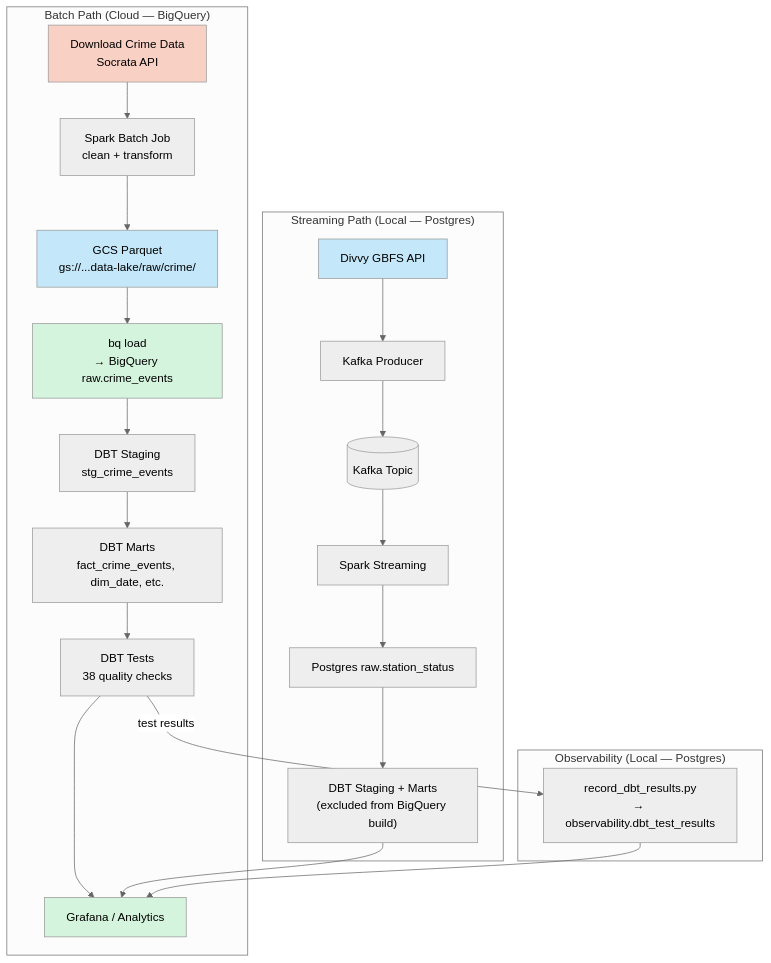
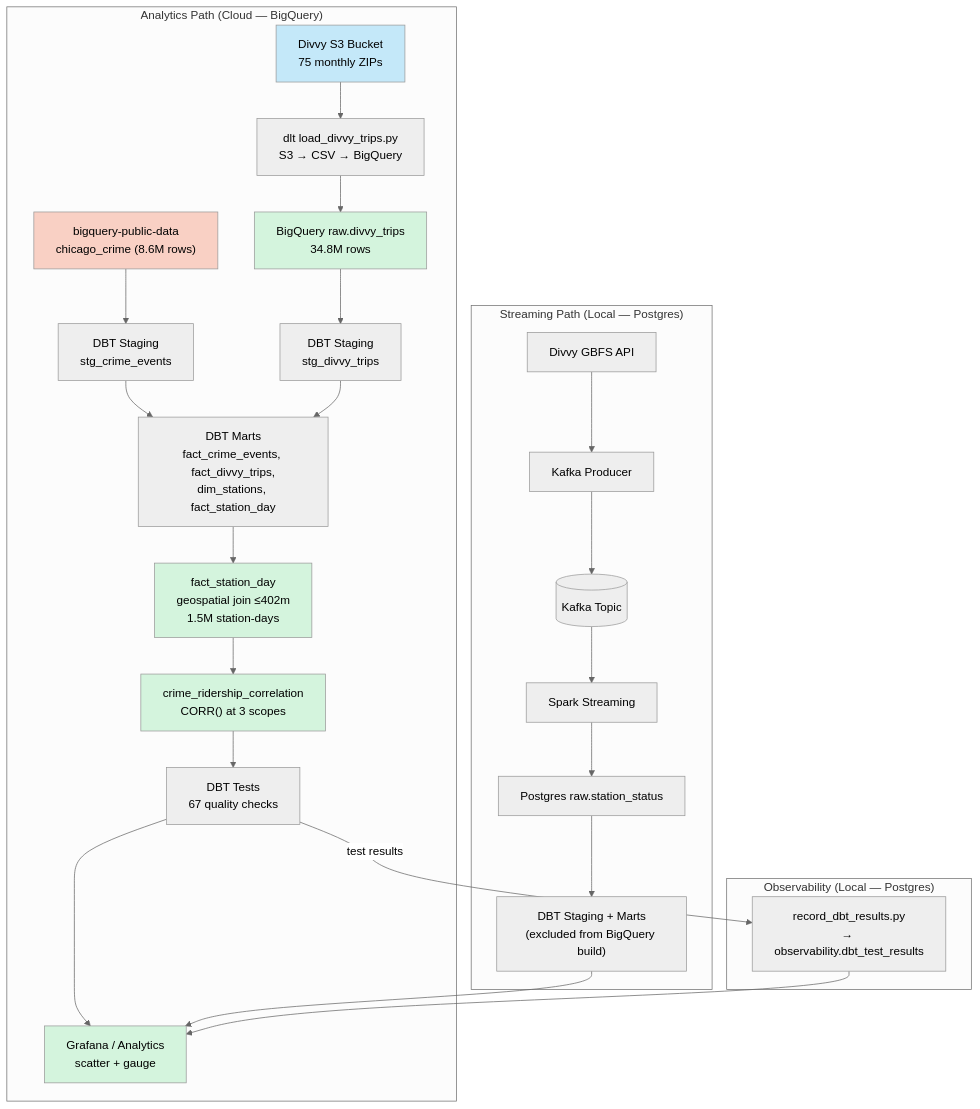
The second of 3 diagrams in README.md (SagarMarthandan/chicago-data-pipeline), drawn with Mermaid (neutral theme) before and after one commit. The commit also changed other lines of this file and 24 other files, not shown here.

Commit message:
v26  Phase 4.4: Divvy trip history ingestion + correlation analysis

````diff
--- a/README.md
+++ b/README.md
@@ -83,32 +81,36 @@
 ```mermaid
 flowchart TD
-    subgraph "Batch Path (Cloud — BigQuery)"
-        A["Download Crime Data<br/>Socrata API"] --> B["Spark Batch Job<br/>clean + transform"]
-        B --> GCS["GCS Parquet<br/>gs://...data-lake/raw/crime/"]
-        GCS --> BQ["bq load<br/>→ BigQuery raw.crime_events"]
-        BQ --> D["DBT Staging<br/>stg_crime_events"]
-        D --> E["DBT Marts<br/>fact_crime_events, dim_date, etc."]
-        E --> F["DBT Tests<br/>38 quality checks"]
-        F --> G["Grafana / Analytics"]
+    subgraph "Analytics Path (Cloud — BigQuery)"
+        A["bigquery-public-data<br/>chicago_crime (8.6M rows)"] --> D["DBT Staging<br/>stg_crime_events"]
+        S3["Divvy S3 Bucket<br/>75 monthly ZIPs"] --> DLT["dlt load_divvy_trips.py<br/>S3 → CSV → BigQuery"]
+        DLT --> BQ2["BigQuery raw.divvy_trips<br/>34.8M rows"]
+        BQ2 --> D2["DBT Staging<br/>stg_divvy_trips"]
+        D --> E["DBT Marts<br/>fact_crime_events, fact_divvy_trips,<br/>dim_stations, fact_station_day"]
+        D2 --> E
+        E --> FSD["fact_station_day<br/>geospatial join ≤402m<br/>1.5M station-days"]
+        FSD --> CORR["crime_ridership_correlation<br/>CORR() at 3 scopes"]
+        CORR --> F["DBT Tests<br/>67 quality checks"]
+        F --> G["Grafana / Analytics<br/>scatter + gauge"]
     end
 
     subgraph "Streaming Path (Local — Postgres)"
         H["Divvy GBFS API"] --> I[Kafka Producer]
         I --> J[(Kafka Topic)]
         J --> K[Spark Streaming]
         K --> L["Postgres raw.station_status"]
         L --> M["DBT Staging + Marts<br/>(excluded from BigQuery build)"]
         M --> G
     end
 
     subgraph "Observability (Local — Postgres)"
         F -->|test results| OBS["record_dbt_results.py<br/>→ observability.dbt_test_results"]
         OBS --> G
     end
 
     style A fill:#f9d0c4
-    style H fill:#c4e8f9
-    style GCS fill:#c4e8f9
-    style BQ fill:#d4f4dd
+    style S3 fill:#c4e8f9
+    style BQ2 fill:#d4f4dd
+    style FSD fill:#d4f4dd
+    style CORR fill:#d4f4dd
     style G fill:#d4f4dd
 ```
````
